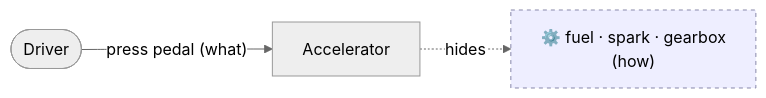
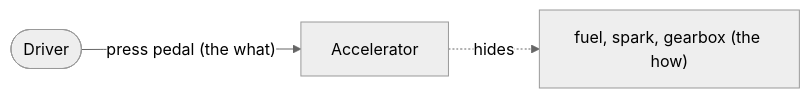
One commit to mohammad-mriesh-job/cortex changed the first of 3 diagrams in src/modules/oop/content/02-pillars/02-abstraction.md. Above: the diagram before and after it, drawn with Mermaid (neutral theme). The commit also changed other lines of this file and 257 other files, not shown here.

````diff
--- a/src/modules/oop/content/02-pillars/02-abstraction.md
+++ b/src/modules/oop/content/02-pillars/02-abstraction.md
@@ -17,7 +17,5 @@
 ```mermaid
 flowchart LR
-    Driver(["Driver"]) -->|"press pedal (what)"| Pedal["Accelerator"]
-    Pedal -.hides.-> Engine["⚙️ fuel · spark · gearbox<br/>(how)"]
-    classDef hide fill:#eef,stroke:#88a,stroke-dasharray:4;
-    class Engine hide;
+    Driver(["Driver"]) -->|"press pedal (the what)"| Pedal["Accelerator"]
+    Pedal -.hides.-> Engine["fuel, spark, gearbox (the how)"]
 ```
````
